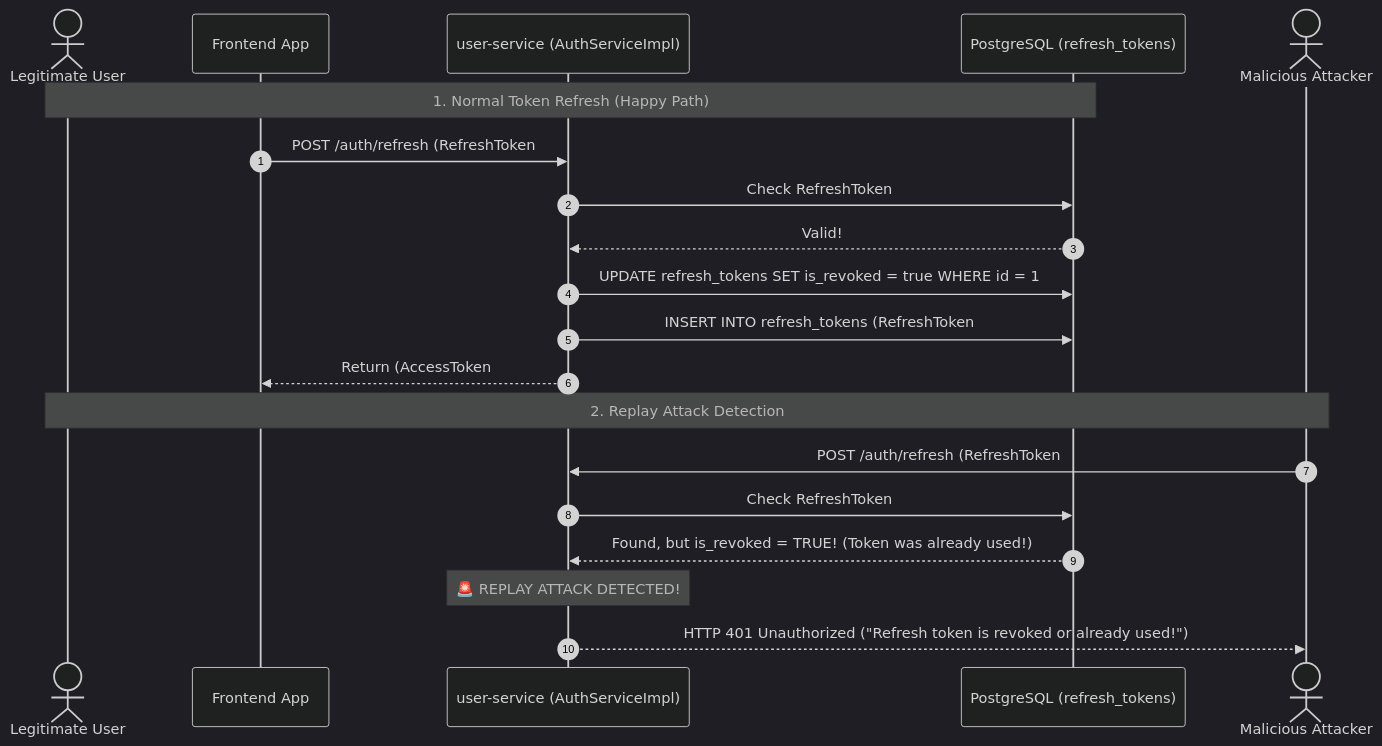
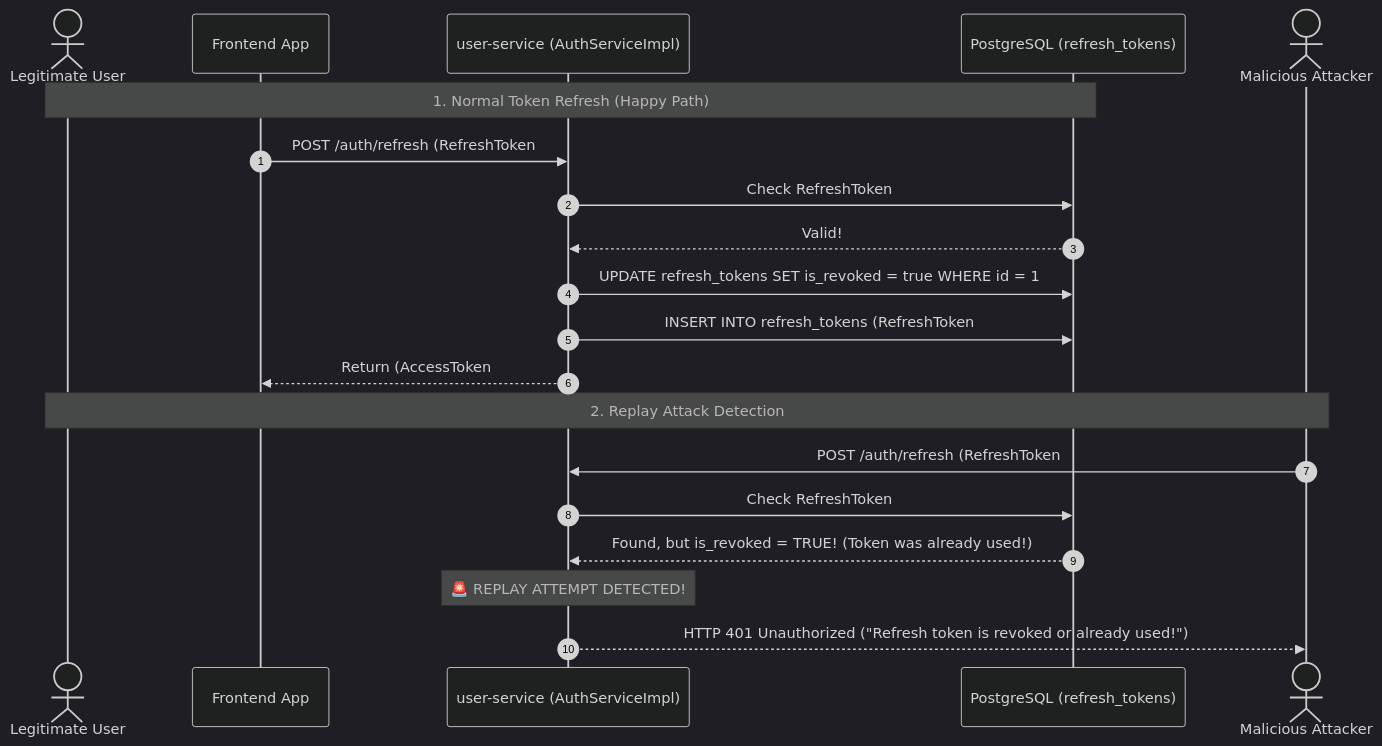
One commit to animeshjare26/Ecommerce-Microservices changed the diagram in user-service/USER_SERVICE_MASTER_GUIDE.md. Above: the diagram before and after it, drawn with Mermaid (dark theme). The commit also changed other lines of this file and 10 other files, not shown here.

````diff
--- a/user-service/USER_SERVICE_MASTER_GUIDE.md
+++ b/user-service/USER_SERVICE_MASTER_GUIDE.md
@@ -177,24 +177,24 @@
 ```mermaid
 sequenceDiagram
     autonumber
     actor Customer as Legitimate User
     participant App as Frontend App
     participant Auth as user-service (AuthServiceImpl)
     participant DB as PostgreSQL (refresh_tokens)
     actor Hacker as Malicious Attacker
 
     Note over Customer,DB: 1. Normal Token Refresh (Happy Path)
     App->>Auth: POST /auth/refresh (RefreshToken #1)
     Auth->>DB: Check RefreshToken #1 (is_revoked == false?)
     DB-->>Auth: Valid!
     Auth->>DB: UPDATE refresh_tokens SET is_revoked = true WHERE id = 1
     Auth->>DB: INSERT INTO refresh_tokens (RefreshToken #2, is_revoked = false)
     Auth-->>App: Return (AccessToken #2, RefreshToken #2)
 
     Note over Customer,Hacker: 2. Replay Attack Detection
     Hacker->>Auth: POST /auth/refresh (RefreshToken #1 - Stolen earlier!)
     Auth->>DB: Check RefreshToken #1 (is_revoked == false?)
     DB-->>Auth: Found, but is_revoked = TRUE! (Token was already used!)
-    Note over Auth: 🚨 REPLAY ATTACK DETECTED!
+    Note over Auth: 🚨 REPLAY ATTEMPT DETECTED!
     Auth-->>Hacker: HTTP 401 Unauthorized ("Refresh token is revoked or already used!")
 ```
````
